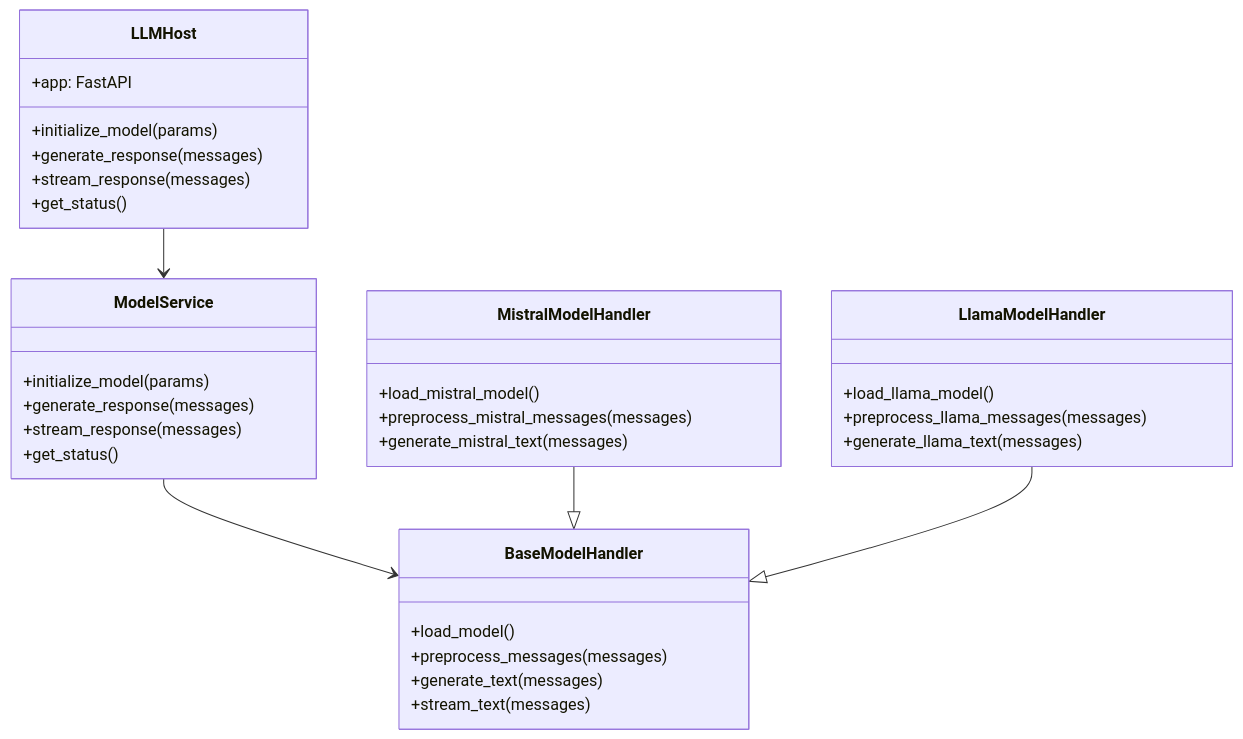
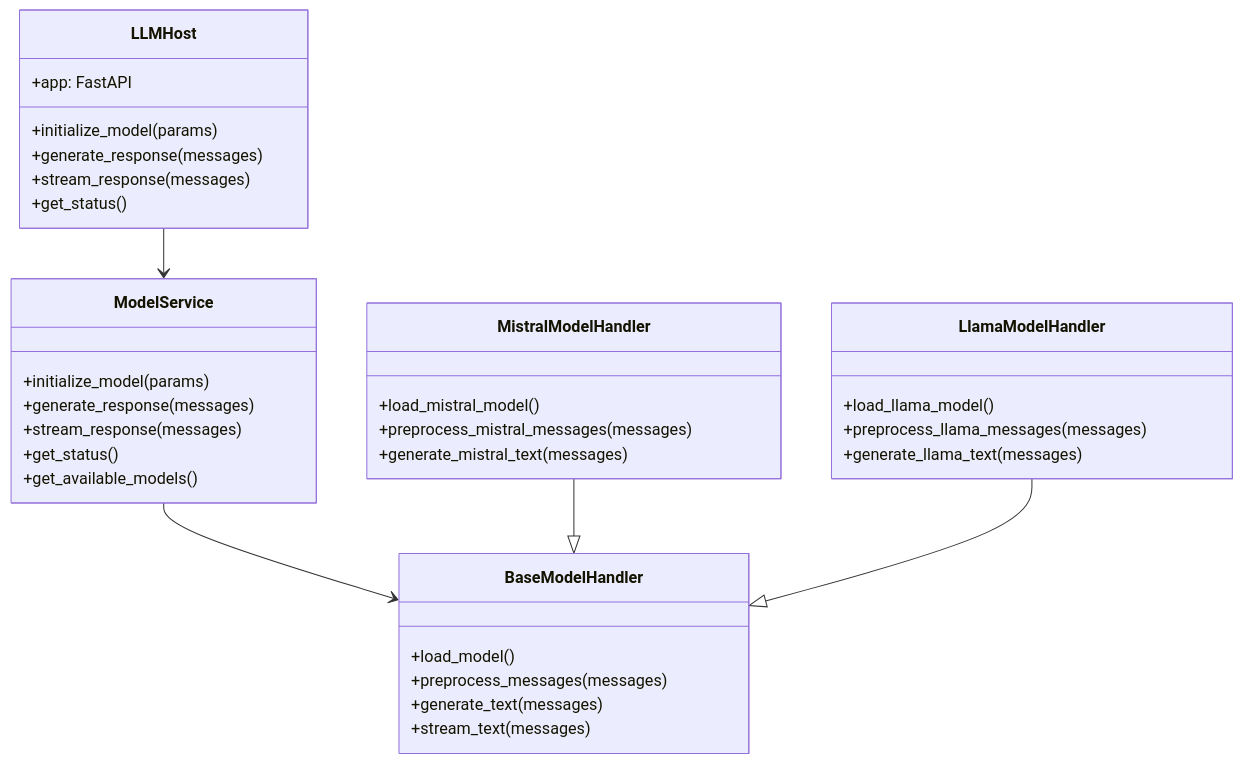
Before and after one commit to Lexa-B/Ayaka_MS_LLM-Host: the second of 4 diagrams in readme.md, drawn with Mermaid. The commit also changed other lines of this file and 6 other files, not shown here.

````diff
--- a/readme.md
+++ b/readme.md
@@ -103,36 +103,37 @@
 ```mermaid
 classDiagram
     class LLMHost {
         +app: FastAPI
         +initialize_model(params)
         +generate_response(messages)
         +stream_response(messages)
         +get_status()
     }
     class ModelService {
         +initialize_model(params)
         +generate_response(messages)
         +stream_response(messages)
         +get_status()
+        +get_available_models()
     }
     class BaseModelHandler {
         +load_model()
         +preprocess_messages(messages)
         +generate_text(messages)
         +stream_text(messages)
     }
     class MistralModelHandler {
         +load_mistral_model()
         +preprocess_mistral_messages(messages)
         +generate_mistral_text(messages)
     }
     class LlamaModelHandler {
         +load_llama_model()
         +preprocess_llama_messages(messages)
         +generate_llama_text(messages)
     }
     LLMHost --> ModelService
     ModelService --> BaseModelHandler
     MistralModelHandler --|> BaseModelHandler
     LlamaModelHandler --|> BaseModelHandler
 ```
````
